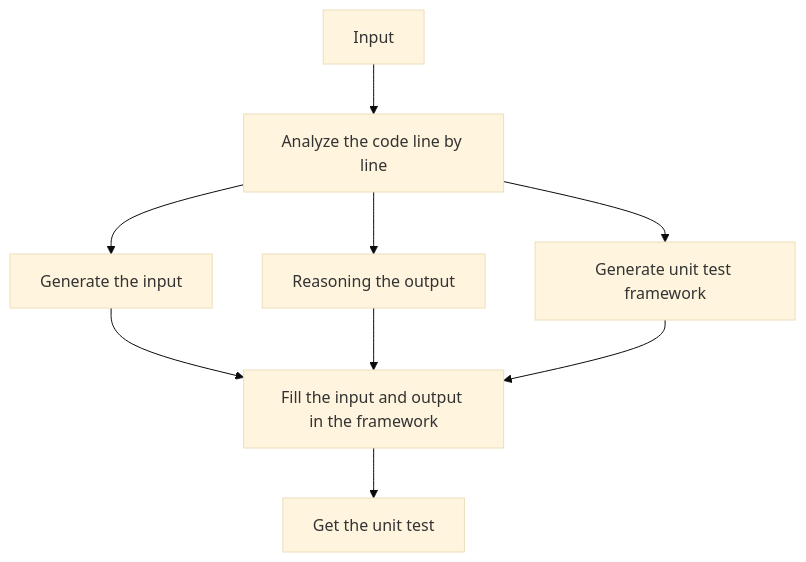
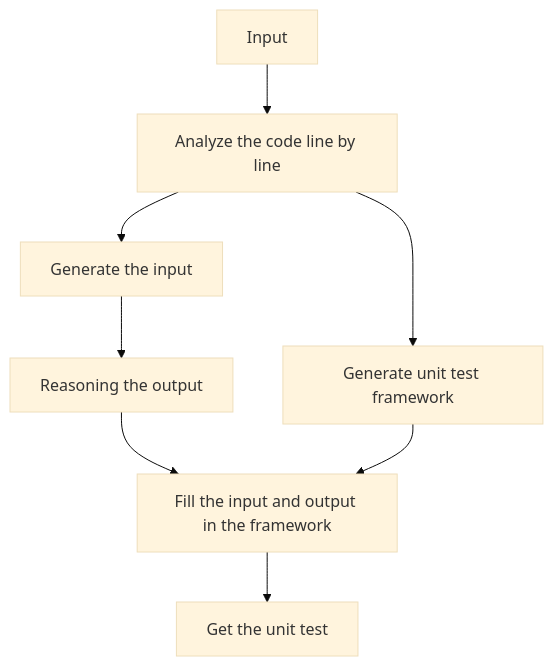
Before and after one commit to VichyTong/EvaluationTask: the first of 2 diagrams in README.md, drawn with Mermaid (base theme). The commit also changed other lines of this file and 4 other files, not shown here.

````diff
--- a/README.md
+++ b/README.md
@@ -250,18 +250,17 @@
 ```mermaid
 graph TB
 	A[Input]
 	B[Analyze the code line by line]
 	1[Generate the input]
 	2[Reasoning the output]
 	3[Generate unit test framework]
 	C[Fill the input and output in the framework]
 	D[Get the unit test]
 	A --> B
 	B --> 1
-	B --> 2
 	B --> 3
-	1 --> C
+	1 --> 2
 	2 --> C
 	3 --> C
 	C --> D
 ```
````
